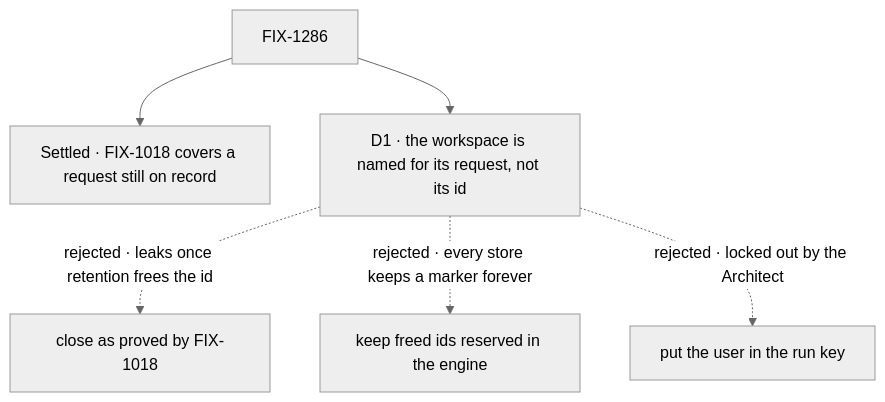
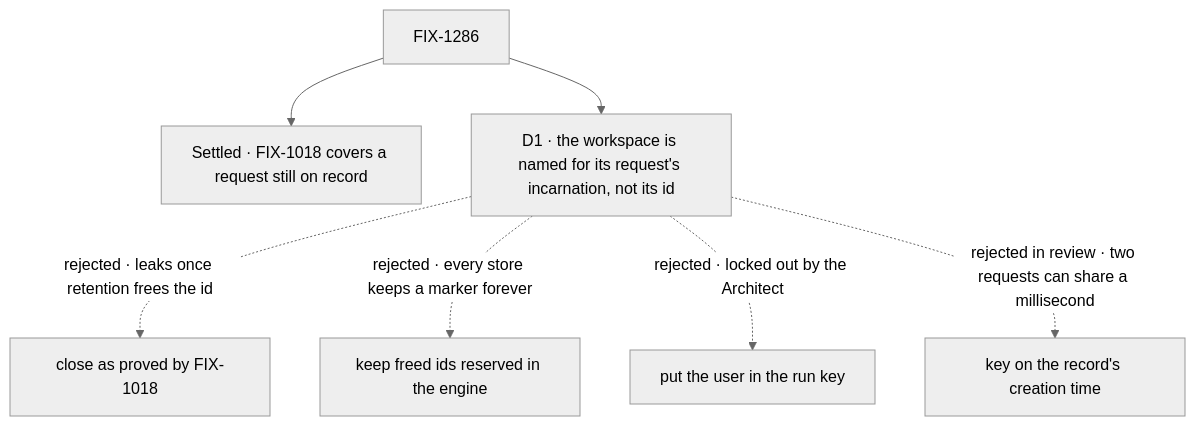
The diagram in specs/issues/FIX-1286/DECISIONS.md (fixpoint-labs/flow-state-dev), drawn with Mermaid (neutral theme) before and after one commit. The commit also changed other lines of this file and 11 other files, not shown here.

First line of the commit message:
spec(FIX-1286): review round 1, key the run workspace on a request incarnation token

````diff
--- a/specs/issues/FIX-1286/DECISIONS.md
+++ b/specs/issues/FIX-1286/DECISIONS.md
@@ -10,8 +10,9 @@
 ```mermaid
 flowchart TD
   I["FIX-1286"] --> S["Settled · FIX-1018 covers a request still on record"]
-  I --> D1["D1 · the workspace is named for its request, not its id"]
+  I --> D1["D1 · the workspace is named for its request's incarnation, not its id"]
   D1 -.->|"rejected · leaks once retention frees the id"| X1["close as proved by FIX-1018"]
   D1 -.->|"rejected · every store keeps a marker forever"| X2["keep freed ids reserved in the engine"]
   D1 -.->|"rejected · locked out by the Architect"| X3["put the user in the run key"]
+  D1 -.->|"rejected in review · two requests can share a millisecond"| X4["key on the record's creation time"]
 ```
````
